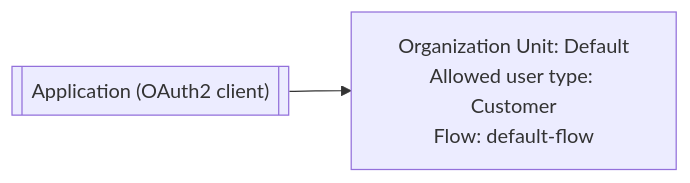
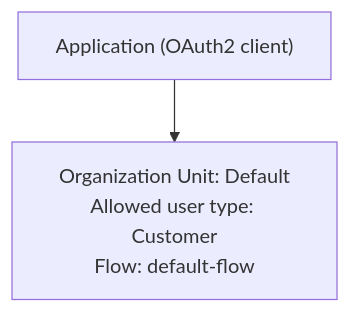
Before and after one commit to thiva-k/thunder: the diagram in docs/content/use-cases/b2c/build-application.mdx, drawn with Mermaid. The commit also changed 17 other files, not shown here.

````diff
--- a/docs/content/use-cases/b2c/build-application.mdx
+++ b/docs/content/use-cases/b2c/build-application.mdx
@@ -27,4 +27,4 @@
 ```mermaid
-flowchart LR
-  app[["Application (OAuth2 client)"]] --> facts["Organization Unit: Default<br/>Allowed user type: Customer<br/>Flow: default-flow"]
+flowchart TD
+  app["Application (OAuth2 client)"] --> facts["Organization Unit: Default<br/>Allowed user type: Customer<br/>Flow: default-flow"]
 ```
````
